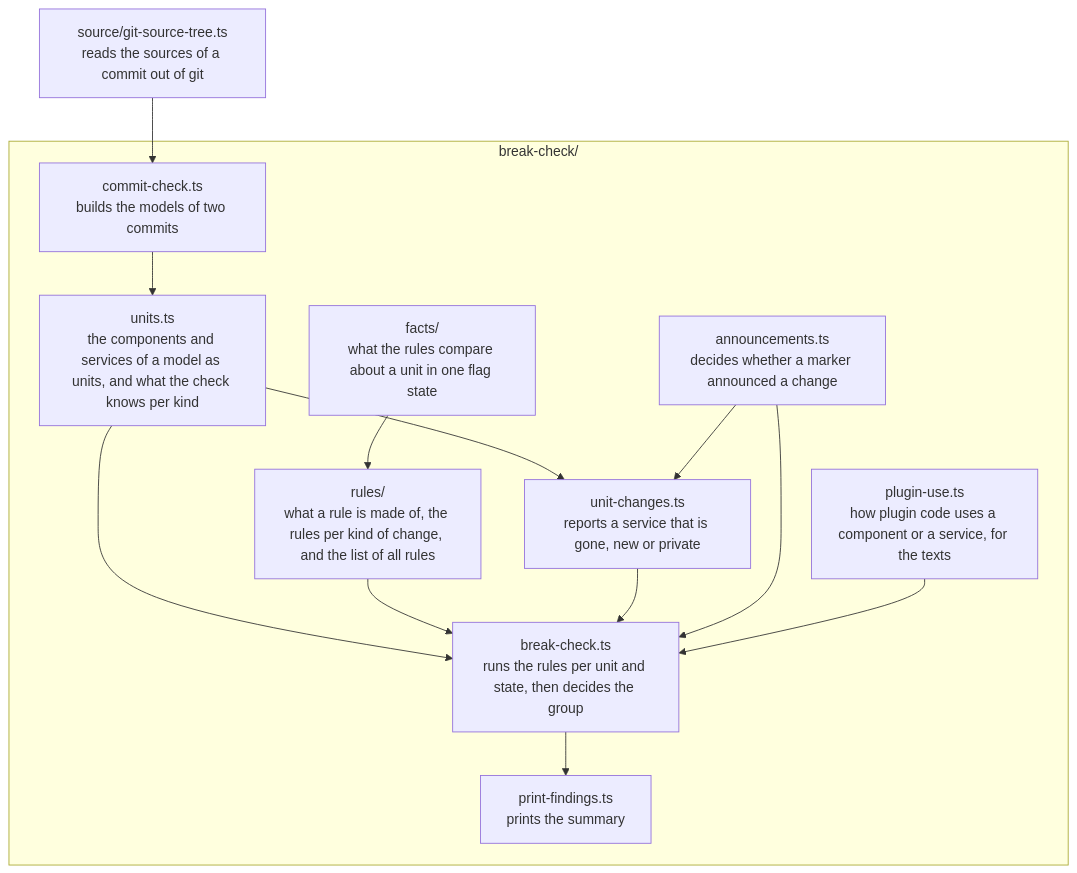
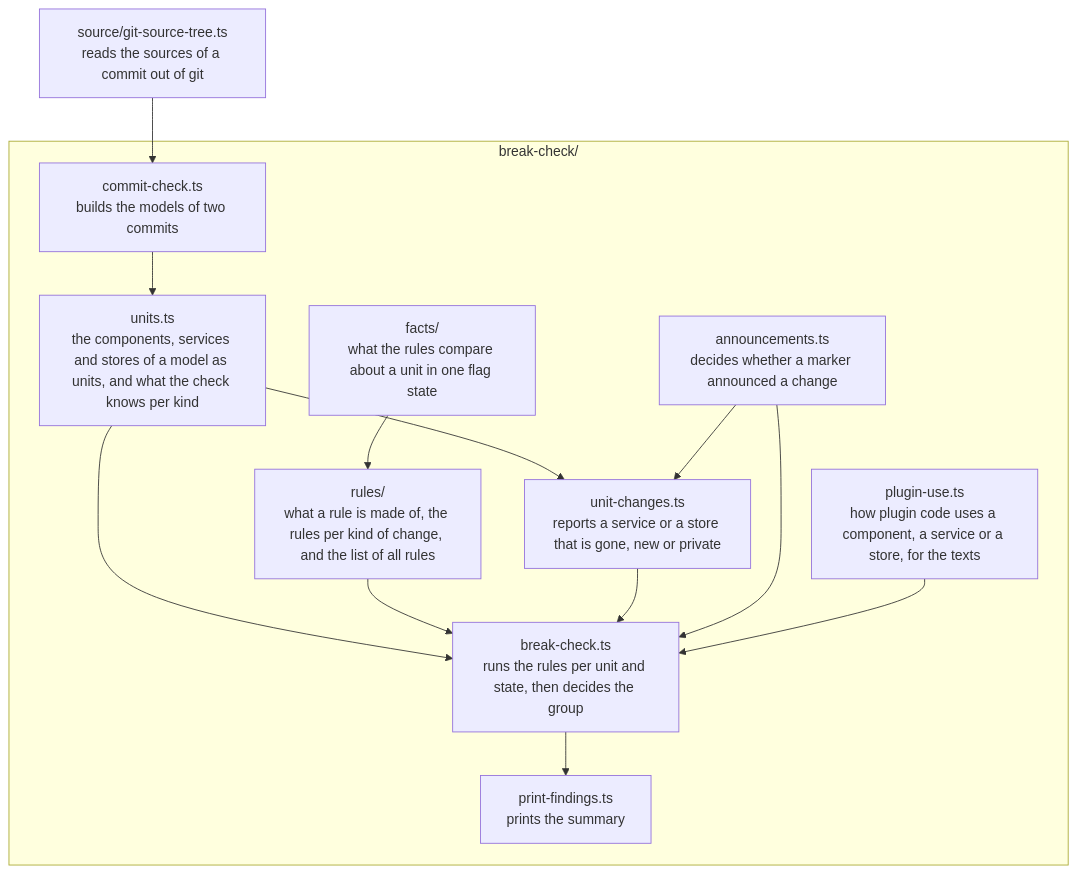
The second of 2 diagrams in src/Administration/Resources/app/administration/scripts/generate-public-api/README.md (shopware/shopware), drawn with Mermaid before and after one commit. The commit also changed other lines of this file and 104 other files, not shown here.

````diff
--- a/src/Administration/Resources/app/administration/scripts/generate-public-api/README.md
+++ b/src/Administration/Resources/app/administration/scripts/generate-public-api/README.md
@@ -110,22 +115,22 @@
 ```mermaid
 flowchart TD
     git["source/git-source-tree.ts<br/>reads the sources of a commit out of git"]
     subgraph check["break-check/"]
         commits["commit-check.ts<br/>builds the models of two commits"]
-        units["units.ts<br/>the components and services of a model as units, and what the check knows per kind"]
+        units["units.ts<br/>the components, services and stores of a model as units, and what the check knows per kind"]
         facts["facts/<br/>what the rules compare about a unit in one flag state"]
         rules["rules/<br/>what a rule is made of, the rules per kind of change, and the list of all rules"]
         classify["break-check.ts<br/>runs the rules per unit and state, then decides the group"]
-        whole["unit-changes.ts<br/>reports a service that is gone, new or private"]
+        whole["unit-changes.ts<br/>reports a service or a store that is gone, new or private"]
         announced["announcements.ts<br/>decides whether a marker announced a change"]
-        use["plugin-use.ts<br/>how plugin code uses a component or a service, for the texts"]
+        use["plugin-use.ts<br/>how plugin code uses a component, a service or a store, for the texts"]
         print["print-findings.ts<br/>prints the summary"]
     end
 
     git --> commits --> units --> classify
     facts --> rules --> classify --> print
     units --> whole --> classify
     announced --> classify
     announced --> whole
     use --> classify
 ```
````
